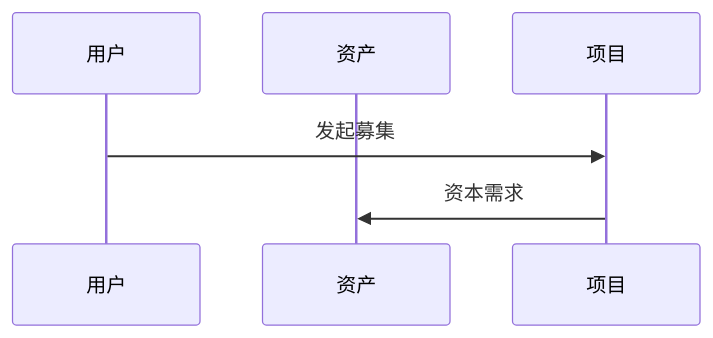
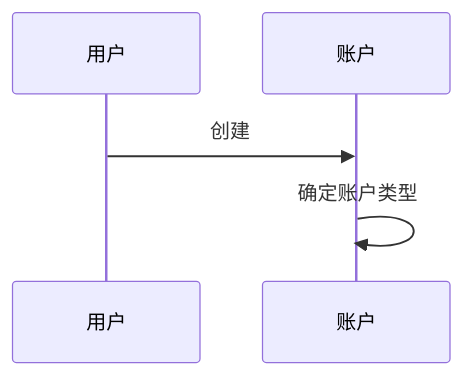
One commit to neomaclin/designdoc changed the fourth of 6 diagrams in Readme.md. Above: the diagram before and after it, drawn with Mermaid. The commit also changed other lines of this file, not shown here.

````diff
--- a/Readme.md
+++ b/Readme.md
@@ -47,11 +66,10 @@
 ```mermaid
 
 sequenceDiagram
     participant U as 用户
-    participant A as 资产
-    participant P as 项目
+    participant A as 账户
 
-    U->>P: 发起募集
-    P->>A: 资本需求
+    U->>A: 创建
+    A->>A: 确定账户类型
 
 ```
````
